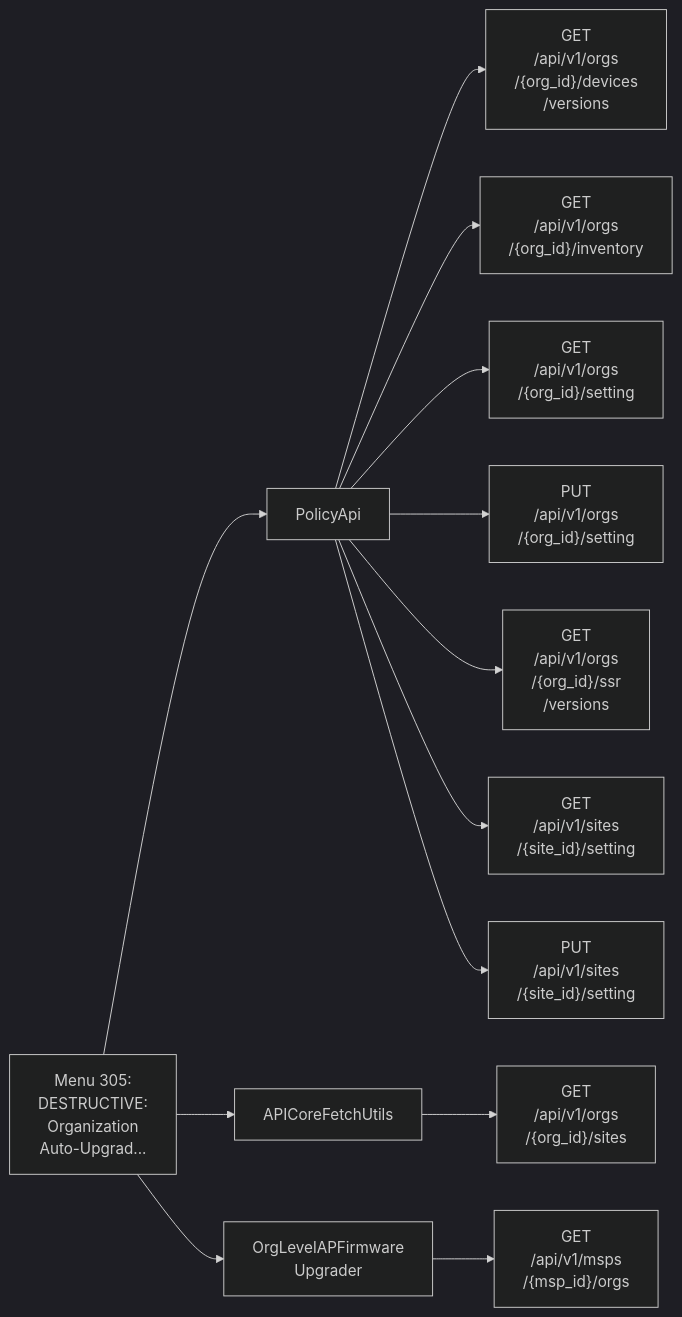
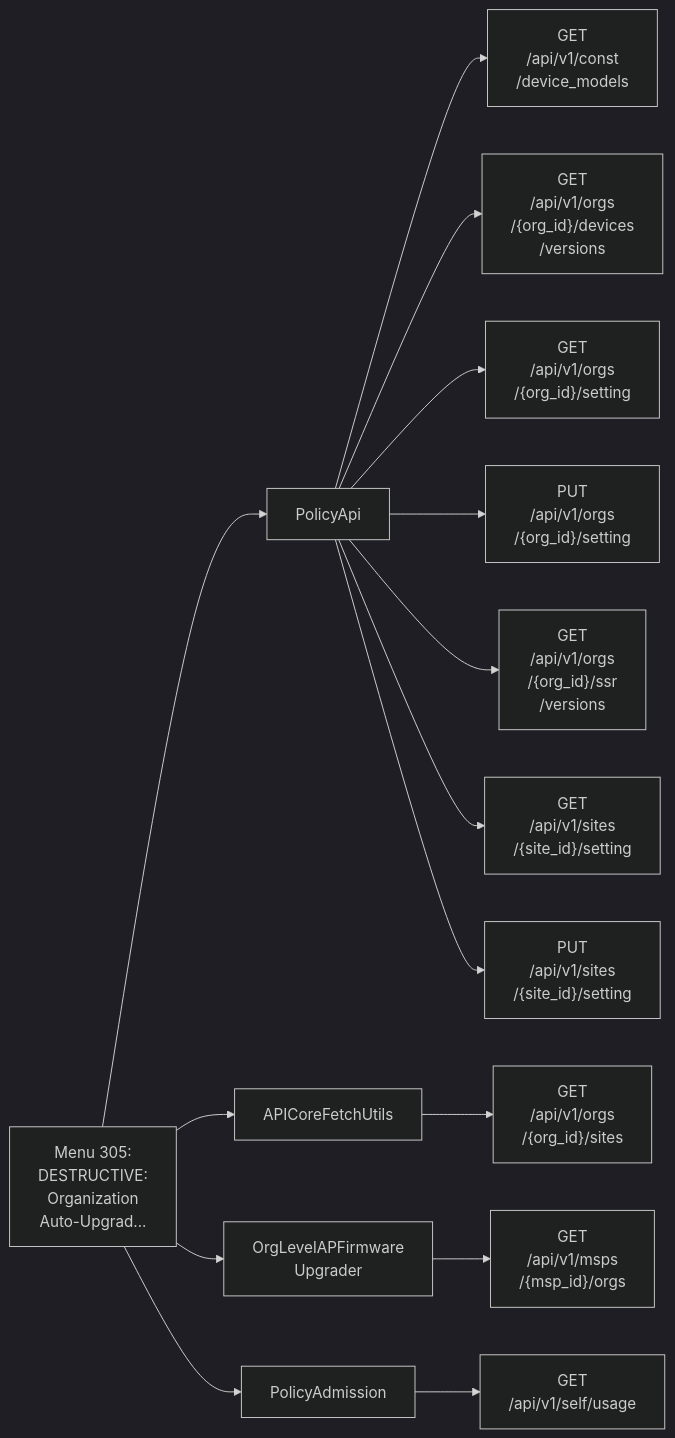
Diagram 32 of 33 in documentation/menu-api/destructive.md (jmorrison-juniper/MistHelper), drawn with Mermaid (dark theme) before and after one commit. The commit also changed other lines of this file and 86 other files, not shown here.

````diff
--- a/documentation/menu-api/destructive.md
+++ b/documentation/menu-api/destructive.md
@@ -1120,16 +1120,18 @@
 ```mermaid
 flowchart LR
     menu["Menu 305:<br/>DESTRUCTIVE:<br/>Organization<br/>Auto-Upgrad..."]
     menu --> c1["PolicyApi"]
-    c1 --> e1["GET<br/>/api/v1/orgs<br/>/{org_id}/devices<br/>/versions"]
-    c1 --> e2["GET<br/>/api/v1/orgs<br/>/{org_id}/inventory"]
+    c1 --> e1["GET<br/>/api/v1/const<br/>/device_models"]
+    c1 --> e2["GET<br/>/api/v1/orgs<br/>/{org_id}/devices<br/>/versions"]
     c1 --> e3["GET<br/>/api/v1/orgs<br/>/{org_id}/setting"]
     c1 --> e4["PUT<br/>/api/v1/orgs<br/>/{org_id}/setting"]
     c1 --> e5["GET<br/>/api/v1/orgs<br/>/{org_id}/ssr<br/>/versions"]
     c1 --> e6["GET<br/>/api/v1/sites<br/>/{site_id}/setting"]
     c1 --> e7["PUT<br/>/api/v1/sites<br/>/{site_id}/setting"]
     menu --> c2["APICoreFetchUtils"]
     c2 --> e8["GET<br/>/api/v1/orgs<br/>/{org_id}/sites"]
     menu --> c3["OrgLevelAPFirmware<br/>Upgrader"]
     c3 --> e9["GET<br/>/api/v1/msps<br/>/{msp_id}/orgs"]
+    menu --> c4["PolicyAdmission"]
+    c4 --> e10["GET<br/>/api/v1/self/usage"]
 ```
````
